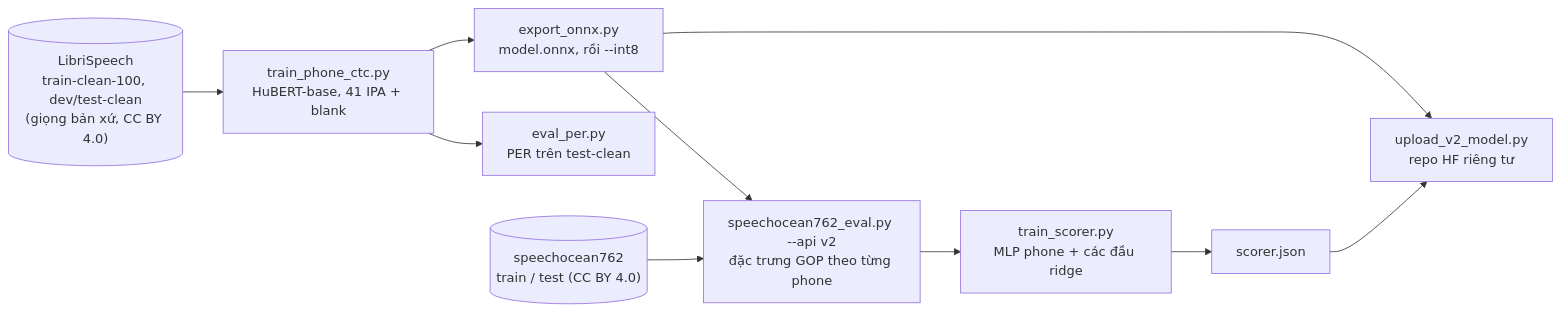
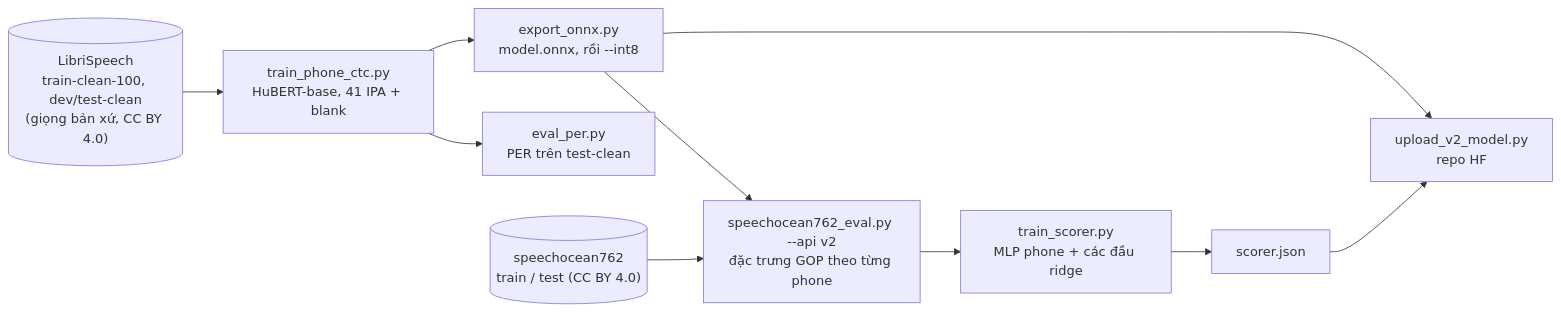
The diagram in languages/vi/docs/training.md (dris1153/pronunciation-service), drawn with Mermaid before and after one commit. The commit also changed other lines of this file and 40 other files, not shown here.

````diff
--- a/languages/vi/docs/training.md
+++ b/languages/vi/docs/training.md
@@ -9,12 +9,12 @@
 ```mermaid
 flowchart LR
     ls[("LibriSpeech<br/>train-clean-100, dev/test-clean<br/>(giọng bản xứ, CC BY 4.0)")] --> ph["train_phone_ctc.py<br/>HuBERT-base, 41 IPA + blank"]
     ph --> per["eval_per.py<br/>PER trên test-clean"]
     ph --> ex["export_onnx.py<br/>model.onnx, rồi --int8"]
     so[("speechocean762<br/>train / test (CC BY 4.0)")] --> feat["speechocean762_eval.py --api v2<br/>đặc trưng GOP theo từng phone"]
     ex --> feat
     feat --> sc["train_scorer.py<br/>MLP phone + các đầu ridge"]
     sc --> js["scorer.json"]
-    ex --> up["upload_v2_model.py<br/>repo HF riêng tư"]
+    ex --> up["upload_v2_model.py<br/>repo HF"]
     js --> up
 ```
````
